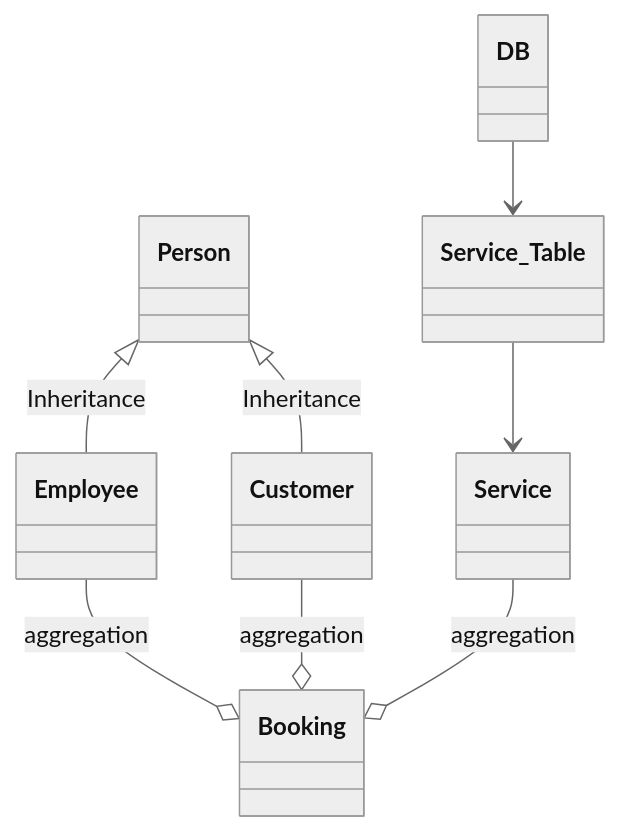
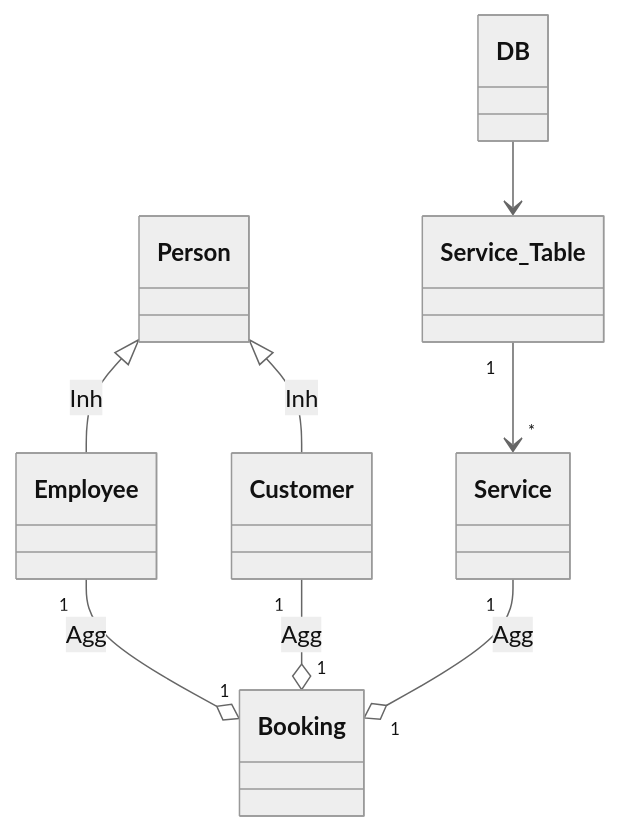
The diagram in Diagram/Overall/Domain.md (ZnowBaka/Haarmoni-ka), drawn with Mermaid (neutral theme) before and after one commit. The commit also changed 1 other file, not shown here.

Commit message:
Finished Domain Model

````diff
--- a/Diagram/Overall/Domain.md
+++ b/Diagram/Overall/Domain.md
@@ -4,13 +4,16 @@
 ```mermaid
     classDiagram
        
-        Person <|-- Employee : Inheritance
-        Person <|-- Customer : Inheritance
-        Employee --o Booking : aggregation
-        Customer --o Booking : aggregation
+        Person <|-- Employee : Inh
+        Person <|-- Customer : Inh
+        Employee "1" --o "1" Booking : Agg
+        Customer "1" --o "1" Booking : Agg
         
         DB-->Service_Table
-        Service_Table --> Service
-        Service --o Booking : aggregation
+        Service_Table "1" --> "*" Service
+        Service "1" --o "1" Booking : Agg
+
+        
+        
                 
 ```
````
